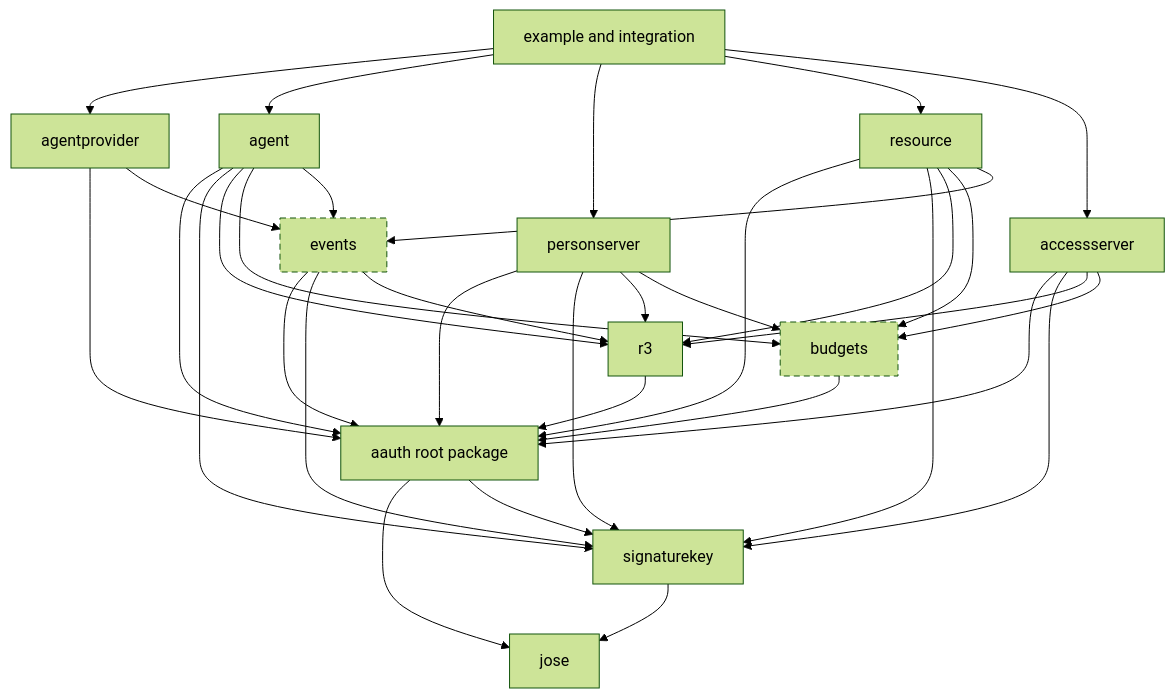
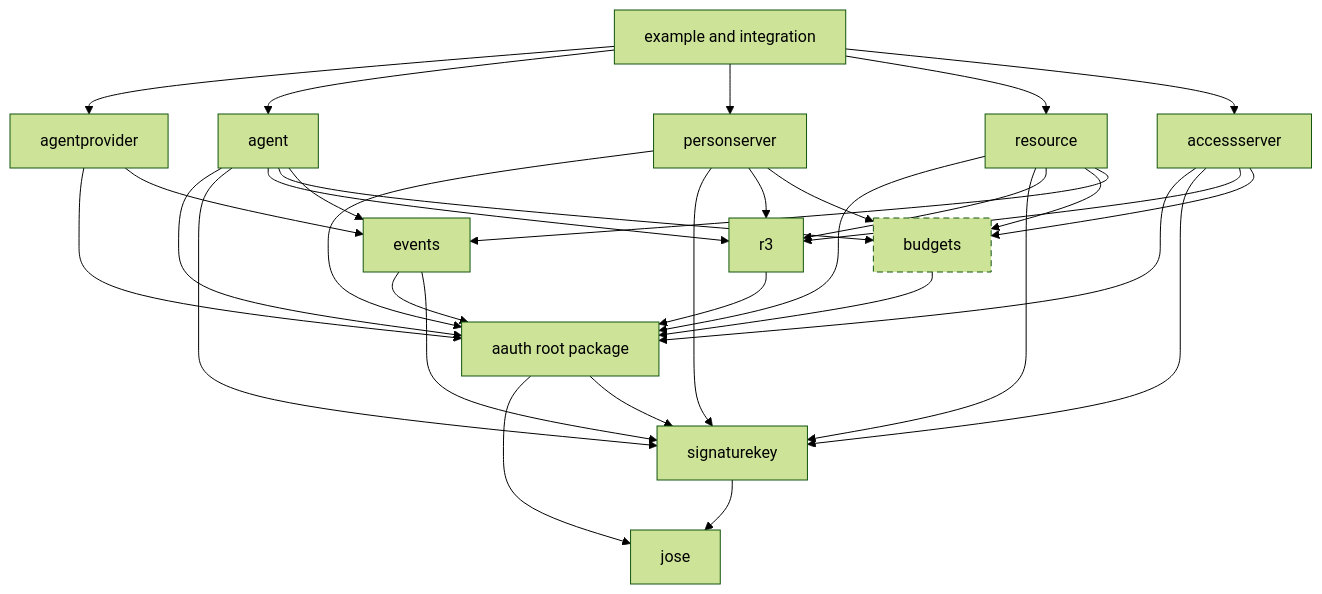
The diagram in ARCHITECTURE.md (sidecat-dev/aauth-go), drawn with Mermaid (forest theme) before and after one commit. The commit also changed other lines of this file and 33 other files, not shown here.

````diff
--- a/ARCHITECTURE.md
+++ b/ARCHITECTURE.md
@@ -74,55 +81,54 @@
 ```mermaid
 flowchart TD
     jose[jose]
     sk[signaturekey]
     core[aauth root package]
     r3[r3]
     budgets[budgets]
     events[events]
 
     ap[agentprovider]
     agent[agent]
     ps[personserver]
     resource[resource]
     as[accessserver]
     examples[example and integration]
 
     sk --> jose
     core --> jose
     core --> sk
     r3 --> core
     budgets --> core
     events --> core
     events --> sk
-    events --> r3
 
     ap --> core
     ap --> events
     agent --> core
     agent --> sk
     agent --> r3
     agent --> budgets
     agent --> events
     ps --> core
     ps --> sk
     ps --> r3
     ps --> budgets
     resource --> core
     resource --> sk
     resource --> r3
     resource --> budgets
     resource --> events
     as --> core
     as --> sk
     as --> r3
     as --> budgets
 
     examples --> ap
     examples --> agent
     examples --> ps
     examples --> resource
     examples --> as
 
     classDef planned stroke-dasharray: 6 4
-    class budgets,events planned
+    class budgets planned
 ```
````
